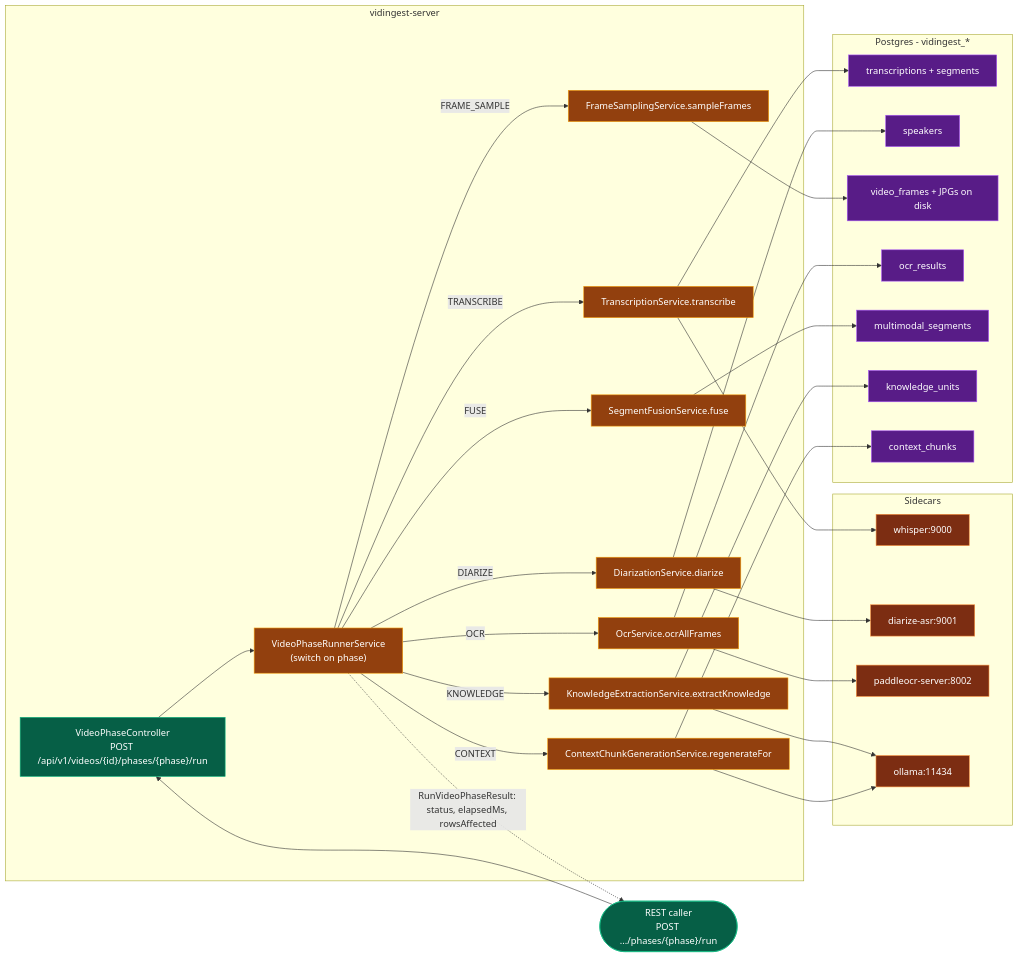
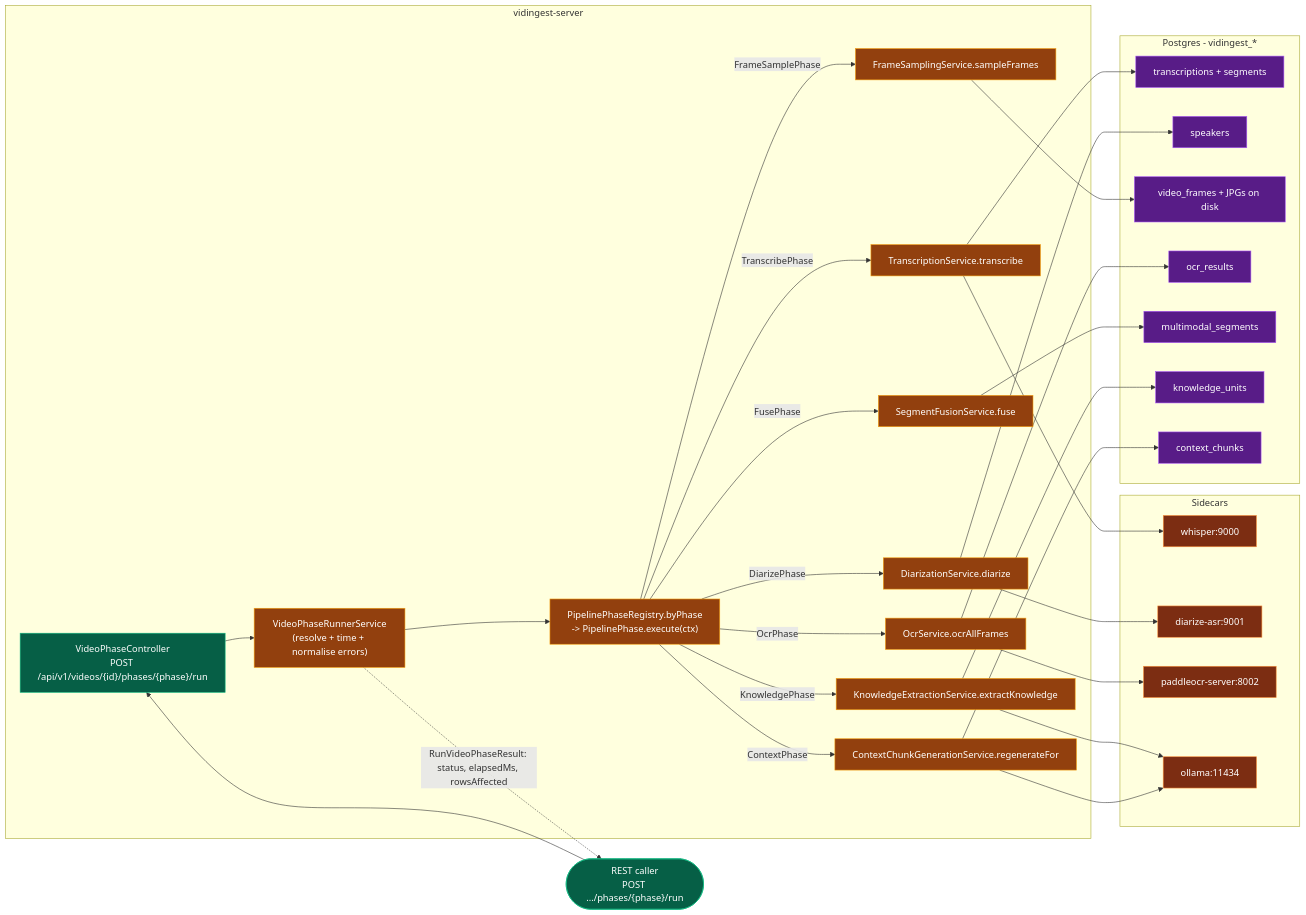
The diagram in docs/vidingest/diagrams/mermaid/vidingest-per-phase-rerun.mmd (aCard0s0/video-knowledge), drawn with Mermaid before and after one commit. The commit also changed 11 other files, not shown here.

```diff
--- a/docs/vidingest/diagrams/mermaid/vidingest-per-phase-rerun.mmd
+++ b/docs/vidingest/diagrams/mermaid/vidingest-per-phase-rerun.mmd
@@ -1,59 +1,61 @@
 flowchart LR
     classDef api fill:#065f46,stroke:#10b981,color:#fff
     classDef svc fill:#92400e,stroke:#f59e0b,color:#fff
     classDef sidecar fill:#7c2d12,stroke:#fb923c,color:#fff
     classDef db fill:#581c87,stroke:#a855f7,color:#fff
 
     subgraph backend [vidingest-server]
         CTRL["VideoPhaseController\nPOST /api/v1/videos/{id}/phases/{phase}/run"]:::api
-        ROUTER["VideoPhaseRunnerService\n(switch on phase)"]:::svc
+        ROUTER["VideoPhaseRunnerService\n(resolve + time + normalise errors)"]:::svc
+        REG["PipelinePhaseRegistry.byPhase\n-> PipelinePhase.execute(ctx)"]:::svc
         TS["TranscriptionService.transcribe"]:::svc
         DS["DiarizationService.diarize"]:::svc
         FS["FrameSamplingService.sampleFrames"]:::svc
         OS["OcrService.ocrAllFrames"]:::svc
         SF["SegmentFusionService.fuse"]:::svc
         KS["KnowledgeExtractionService.extractKnowledge"]:::svc
         CS["ContextChunkGenerationService.regenerateFor"]:::svc
     end
 
     subgraph sidecars [Sidecars]
         WH["whisper:9000"]:::sidecar
         DZ["diarize-asr:9001"]:::sidecar
         PO["paddleocr-server:8002"]:::sidecar
         OL["ollama:11434"]:::sidecar
     end
 
     subgraph storage [Postgres - vidingest_*]
         TR["transcriptions + segments"]:::db
         SP["speakers"]:::db
         FR["video_frames + JPGs on disk"]:::db
         OR["ocr_results"]:::db
         MM["multimodal_segments"]:::db
         KU["knowledge_units"]:::db
         CC["context_chunks"]:::db
     end
 
     CALLER(["REST caller\nPOST .../phases/{phase}/run"]):::api --> CTRL
     CTRL --> ROUTER
-    ROUTER -->|TRANSCRIBE| TS
-    ROUTER -->|DIARIZE| DS
-    ROUTER -->|FRAME_SAMPLE| FS
-    ROUTER -->|OCR| OS
-    ROUTER -->|FUSE| SF
-    ROUTER -->|KNOWLEDGE| KS
-    ROUTER -->|CONTEXT| CS
+    ROUTER --> REG
+    REG -->|TranscribePhase| TS
+    REG -->|DiarizePhase| DS
+    REG -->|FrameSamplePhase| FS
+    REG -->|OcrPhase| OS
+    REG -->|FusePhase| SF
+    REG -->|KnowledgePhase| KS
+    REG -->|ContextPhase| CS
 
     TS --> WH
     TS --> TR
     DS --> DZ
     DS --> SP
     FS --> FR
     OS --> PO
     OS --> OR
     SF --> MM
     KS --> OL
     KS --> KU
     CS --> OL
     CS --> CC
 
     ROUTER -.->|RunVideoPhaseResult: status, elapsedMs, rowsAffected| CALLER
```
